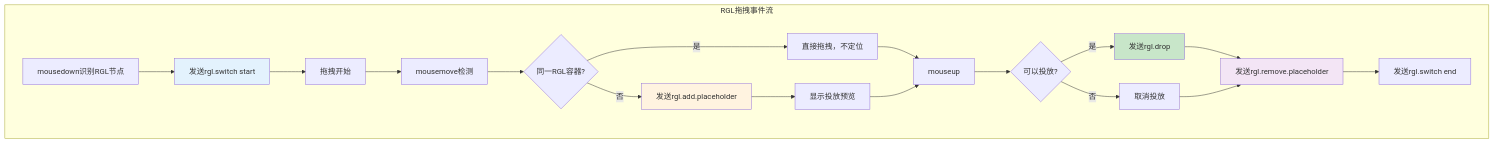
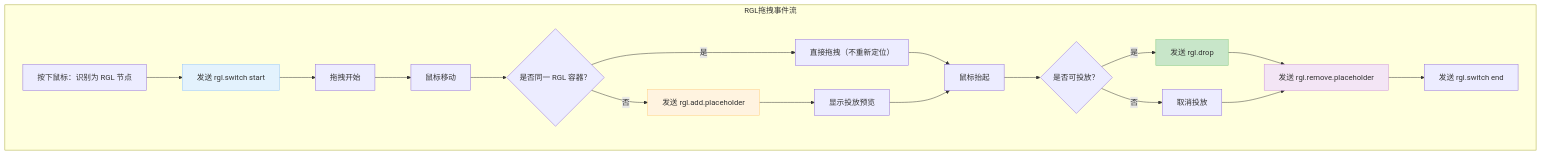
Before and after one commit to xtzx/FORK-lowcode-engine: the diagram in 学习笔记/044-RGL组件特性深度分析.md, drawn with Mermaid. The commit also changed other lines of this file and 1 other file, not shown here.

````diff
--- a/学习笔记/044-RGL组件特性深度分析.md
+++ b/学习笔记/044-RGL组件特性深度分析.md
@@ -195,30 +195,30 @@
 ```mermaid
-graph TD
-    subgraph "RGL拖拽事件流"
-        A1[mousedown识别RGL节点] --> B1[发送rgl.switch start]
-        B1 --> C1[拖拽开始]
+flowchart TD
+  subgraph RGL拖拽事件流
+    A1["按下鼠标：识别为 RGL 节点"] --> B1["发送 rgl.switch start"]
+    B1 --> C1["拖拽开始"]
 
-        C1 --> D1[mousemove检测]
-        D1 --> E1{同一RGL容器?}
+    C1 --> D1["鼠标移动"]
+    D1 --> E1{"是否同一 RGL 容器？"}
 
-        E1 -->|是| F1[直接拖拽，不定位]
-        E1 -->|否| G1[发送rgl.add.placeholder]
+    E1 -- "是" --> F1["直接拖拽（不重新定位）"]
+    E1 -- "否" --> G1["发送 rgl.add.placeholder"]
 
-        G1 --> H1[显示投放预览]
-        F1 --> I1[mouseup]
-        H1 --> I1
+    G1 --> H1["显示投放预览"]
+    F1 --> I1["鼠标抬起"]
+    H1 --> I1
 
-        I1 --> J1{可以投放?}
-        J1 -->|是| K1[发送rgl.drop]
-        J1 -->|否| L1[取消投放]
+    I1 --> J1{"是否可投放？"}
+    J1 -- "是" --> K1["发送 rgl.drop"]
+    J1 -- "否" --> L1["取消投放"]
 
-        K1 --> M1[发送rgl.remove.placeholder]
-        L1 --> M1
-        M1 --> N1[发送rgl.switch end]
-    end
+    K1 --> M1["发送 rgl.remove.placeholder"]
+    L1 --> M1
+    M1 --> N1["发送 rgl.switch end"]
+  end
 
-    style B1 fill:#e3f2fd
-    style G1 fill:#fff3e0
-    style K1 fill:#c8e6c9
-    style M1 fill:#f3e5f5
+  style B1 fill:#e3f2fd,stroke:#93c5fd,stroke-width:1px
+  style G1 fill:#fff3e0,stroke:#ffcc80,stroke-width:1px
+  style K1 fill:#c8e6c9,stroke:#81c784,stroke-width:1px
+  style M1 fill:#f3e5f5,stroke:#ce93d8,stroke-width:1px
 ```
````
